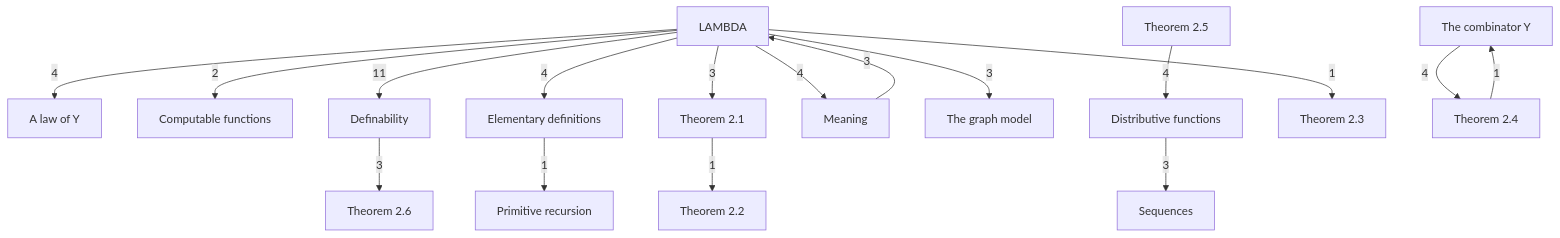
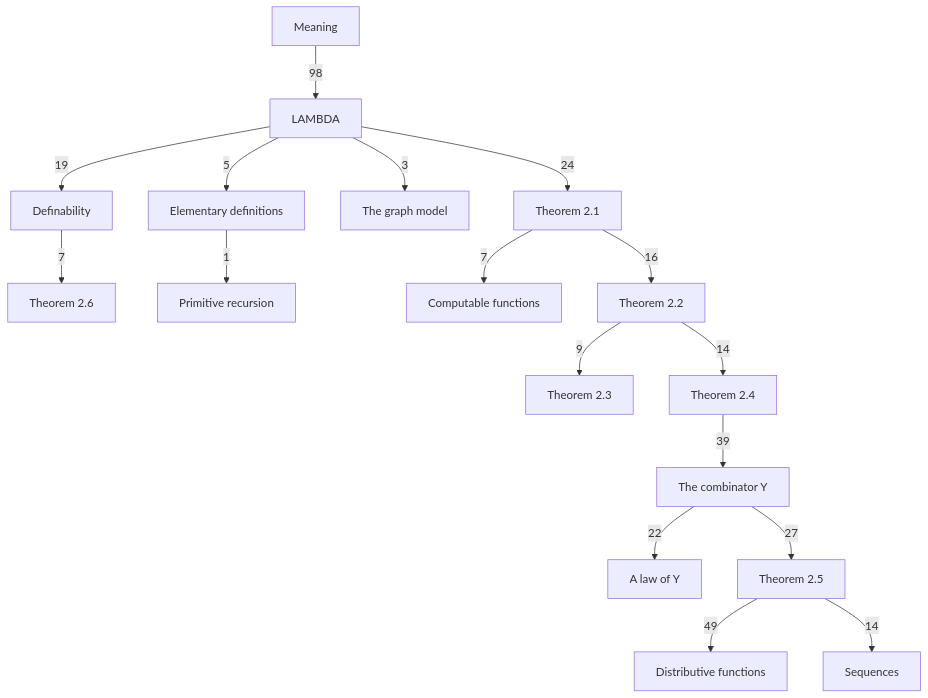
One commit to catskillsresearch/DomainTheory changed the diagram in DomainTheory/DataTypesAsLattices/Lambda/1976_Computability_and_definability.mermaid. Above: the diagram before and after it, drawn with Mermaid. The commit also changed 44 other files, not shown here.

First line of the commit message:
Split Theorem 2.12 chain into peer notes and improve outline mermaid deps.

```diff
--- a/DomainTheory/DataTypesAsLattices/Lambda/1976_Computability_and_definability.mermaid
+++ b/DomainTheory/DataTypesAsLattices/Lambda/1976_Computability_and_definability.mermaid
@@ -1,50 +1,50 @@
 %% Computability and definability.
 %% Each box is a note. Arrowhead on the importer.
 %% The number is a direct-import count.
 %% An arrow already implied by a longer path is omitted.
 %% Imports of a folder barrel are not counted.
 flowchart TB
 
   LY["A law of Y"]
   REC["Computable functions"]
   DEF["Definability"]
   DOL["Distributive functions"]
   EL["Elementary definitions"]
   LAM["LAMBDA"]
   MEAN["Meaning"]
   PR["Primitive recursion"]
   SEQ["Sequences"]
   YC["The combinator Y"]
   GRA["The graph model"]
   T21["Theorem 2.1"]
   T22["Theorem 2.2"]
   T23["Theorem 2.3"]
   T24["Theorem 2.4"]
   T25["Theorem 2.5"]
   T26["Theorem 2.6"]
 
-  LAM -->|"11"| DEF
-  T25 -->|"4"| DOL
-  LAM -->|"4"| EL
+  LAM -->|"19"| DEF
+  T25 -->|"49"| DOL
+  LAM -->|"5"| EL
   LAM -->|"3"| GRA
-  MEAN -->|"3"| LAM
-  LAM -->|"4"| LY
-  LAM -->|"4"| MEAN
+  MEAN -->|"98"| LAM
+  YC -->|"22"| LY
   EL -->|"1"| PR
-  LAM -->|"2"| REC
-  DOL -->|"3"| SEQ
-  LAM -->|"3"| T21
-  T21 -->|"1"| T22
-  LAM -->|"1"| T23
-  YC -->|"4"| T24
-  DEF -->|"3"| T26
-  T24 -->|"1"| YC
+  T21 -->|"7"| REC
+  T25 -->|"14"| SEQ
+  LAM -->|"24"| T21
+  T21 -->|"16"| T22
+  T22 -->|"9"| T23
+  T22 -->|"14"| T24
+  YC -->|"27"| T25
+  DEF -->|"7"| T26
+  T24 -->|"39"| YC
 
   classDef c1 fill:#dcfce7,stroke:#15803d,color:#14532d
   classDef c2 fill:#cffafe,stroke:#0e7490,color:#164e63
   classDef c3 fill:#fef3c7,stroke:#b45309,color:#78350f
   classDef c4 fill:#fce7f3,stroke:#be185d,color:#831843
   classDef c5 fill:#fee2e2,stroke:#b91c1c,color:#7f1d1d
   classDef c6 fill:#e0e7ff,stroke:#4338ca,color:#312e81
   classDef c7 fill:#ffedd5,stroke:#c2410c,color:#7c2d12
   classDef c8 fill:#ecfccb,stroke:#4d7c0f,color:#365314
```
